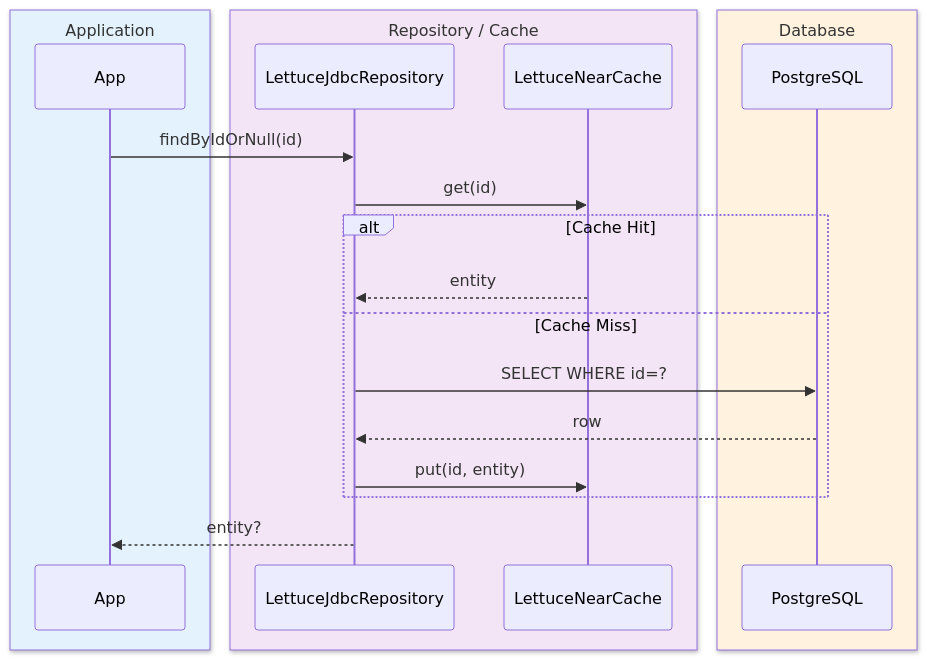
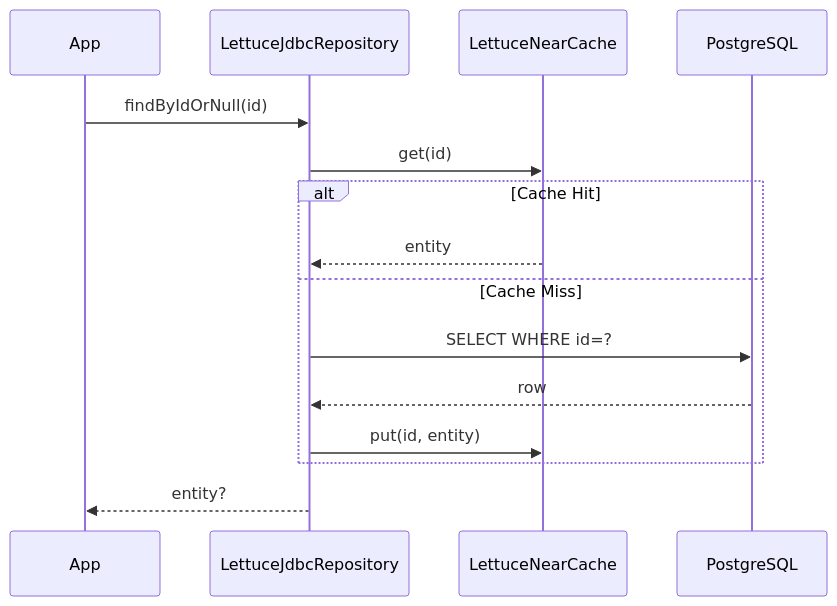
The second of 2 diagrams in data/exposed-jdbc-lettuce/README.md (bluetape4k/bluetape4k-projects), drawn with Mermaid before and after one commit. The commit also changed other lines of this file and 219 other files, not shown here.

First line of the commit message:
docs: 전체 README Mermaid 다이어그램 가이드 적용

````diff
--- a/data/exposed-jdbc-lettuce/README.md
+++ b/data/exposed-jdbc-lettuce/README.md
@@ -129,24 +129,18 @@
 ```mermaid
 sequenceDiagram
-    box rgb(227, 242, 253) Application
         participant App
-    end
-    box rgb(243, 229, 245) Repository / Cache
         participant Repo as LettuceJdbcRepository
         participant Cache as LettuceNearCache
-    end
-    box rgb(255, 243, 224) Database
         participant DB as PostgreSQL
-    end
 
     App->>Repo: findByIdOrNull(id)
     Repo->>Cache: get(id)
     alt Cache Hit
         Cache-->>Repo: entity
     else Cache Miss
         Repo->>DB: SELECT WHERE id=?
         DB-->>Repo: row
         Repo->>Cache: put(id, entity)
     end
     Repo-->>App: entity?
 ```
````
